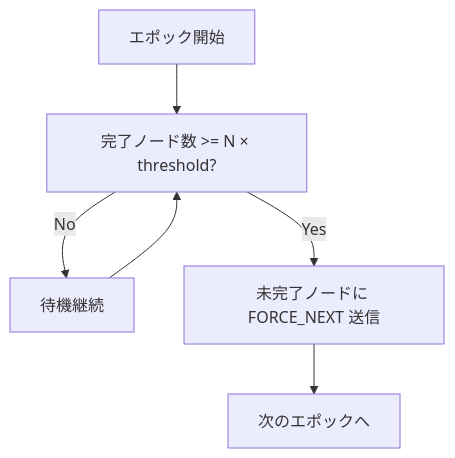
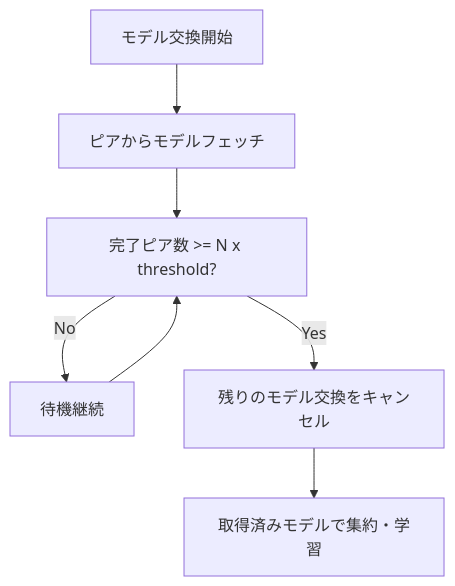
The seventh of 7 diagrams in WAFL-Testbed/docs/architecture.md (jo2lxq/wafl), drawn with Mermaid before and after one commit. The commit also changed other lines of this file and 19 other files, not shown here.

````diff
--- a/WAFL-Testbed/docs/architecture.md
+++ b/WAFL-Testbed/docs/architecture.md
@@ -358,14 +358,16 @@
 ```mermaid
 flowchart TD
-    Start["エポック開始"]
-    Check["完了ノード数 >= N × threshold?"]
+    Start["モデル交換開始"]
+    Fetch["ピアからモデルフェッチ"]
+    Check["完了ピア数 >= N x threshold?"]
     Wait["待機継続"]
-    Force["未完了ノードに FORCE_NEXT 送信"]
-    Next["次のエポックへ"]
+    Cancel["残りのモデル交換をキャンセル"]
+    Aggregate["取得済みモデルで集約・学習"]
     
-    Start --> Check
+    Start --> Fetch
+    Fetch --> Check
     Check -->|No| Wait
     Wait --> Check
-    Check -->|Yes| Force
-    Force --> Next
+    Check -->|Yes| Cancel
+    Cancel --> Aggregate
 ```
````
